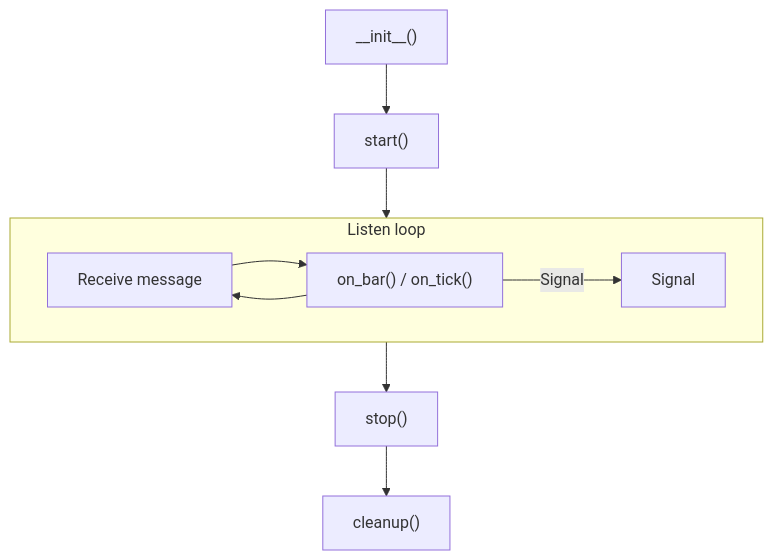
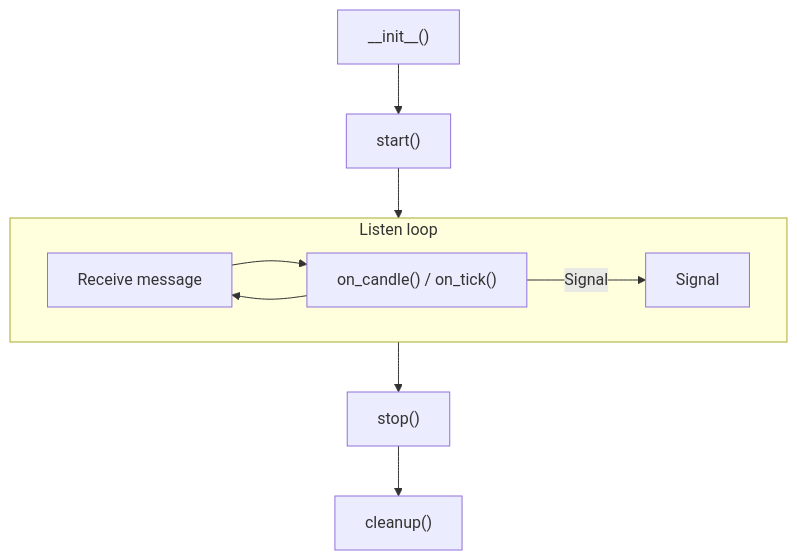
The second of 2 diagrams in docs/strategies.md (mateusz-klatt/snapper), drawn with Mermaid before and after one commit. The commit also changed other lines of this file and 48 other files, not shown here.

First line of the commit message:
refactor: rename Bar→Candle, add StrictDataSchema base class

````diff
--- a/docs/strategies.md
+++ b/docs/strategies.md
@@ -301,14 +301,14 @@
 ```mermaid
 flowchart TB
     Init["__init__()"] --> Start["start()"]
     Start --> Loop
 
     subgraph Loop["Listen loop"]
-        Receive["Receive message"] --> Process["on_bar() / on_tick()"]
+        Receive["Receive message"] --> Process["on_candle() / on_tick()"]
         Process -->|Signal| SignalOut["Signal"]
         Process --> Receive
     end
 
     Loop --> Stop["stop()"]
     Stop --> Cleanup["cleanup()"]
 ```
````
